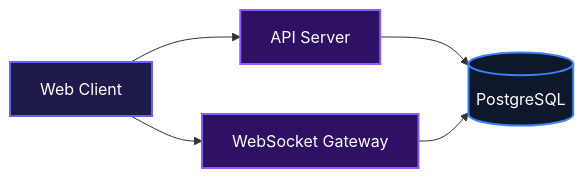
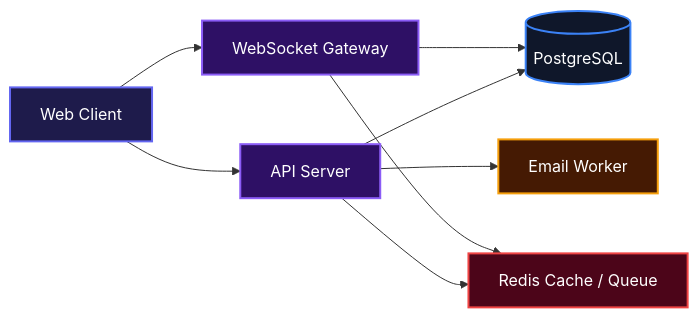
Before and after one commit to obed-smart/Huddle: the first of 4 diagrams in server/README.md, drawn with Mermaid. The commit also changed other lines of this file and 12 other files, not shown here.

````diff
--- a/server/README.md
+++ b/server/README.md
@@ -15,17 +7,24 @@
 ```mermaid
 flowchart LR
   WebClient["Web Client"]
   APIServer["API Server"]
   WSServer["WebSocket Gateway"]
   PostgreSQL[("PostgreSQL")]
+  Redis["Redis Cache / Queue"]
+  EmailWorker["Email Worker"]
 
   WebClient --> APIServer
   WebClient --> WSServer
   APIServer --> PostgreSQL
+  APIServer --> Redis
   WSServer --> PostgreSQL
+  WSServer --> Redis
+  APIServer --> EmailWorker
 
   style WebClient fill:#1e1b4b,stroke:#6366f1,stroke-width:2px,color:#fff
   style APIServer fill:#2e1065,stroke:#8b5cf6,stroke-width:2px,color:#fff
   style WSServer fill:#2e1065,stroke:#8b5cf6,stroke-width:2px,color:#fff
   style PostgreSQL fill:#0f172a,stroke:#3b82f6,stroke-width:2px,color:#fff
+  style Redis fill:#4c0519,stroke:#ef4444,stroke-width:2px,color:#fff
+  style EmailWorker fill:#451a03,stroke:#f59e0b,stroke-width:2px,color:#fff
 ```
````
